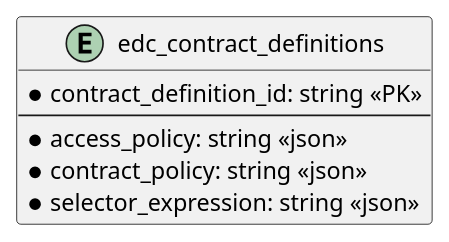
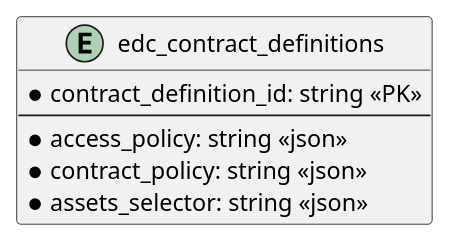
Before and after one commit to eclipse-edc/Connector: the diagram in extensions/control-plane/store/sql/contract-definition-store-sql/docs/er.puml, drawn with PlantUML. The commit also changed 59 other files, not shown here.

First line of the commit message:
refactor: deprecate AssetSelectorExpression and rename ContractDefinition field

```diff
--- a/extensions/control-plane/store/sql/contract-definition-store-sql/docs/er.puml
+++ b/extensions/control-plane/store/sql/contract-definition-store-sql/docs/er.puml
@@ -1,9 +1,9 @@
 @startuml
 entity edc_contract_definitions {
   * contract_definition_id: string <<PK>>
   --
   * access_policy: string <<json>>
   * contract_policy: string <<json>>
-  * selector_expression: string <<json>>
+  * assets_selector: string <<json>>
 }
 @enduml
```
